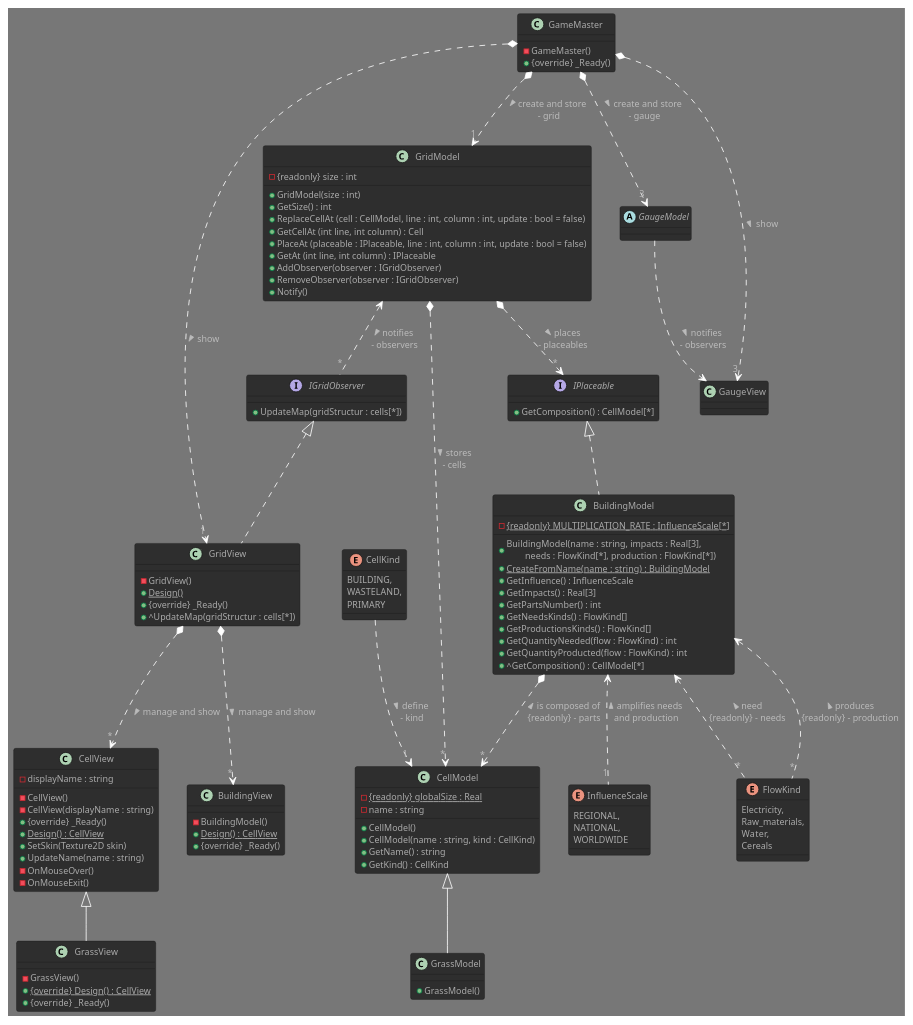
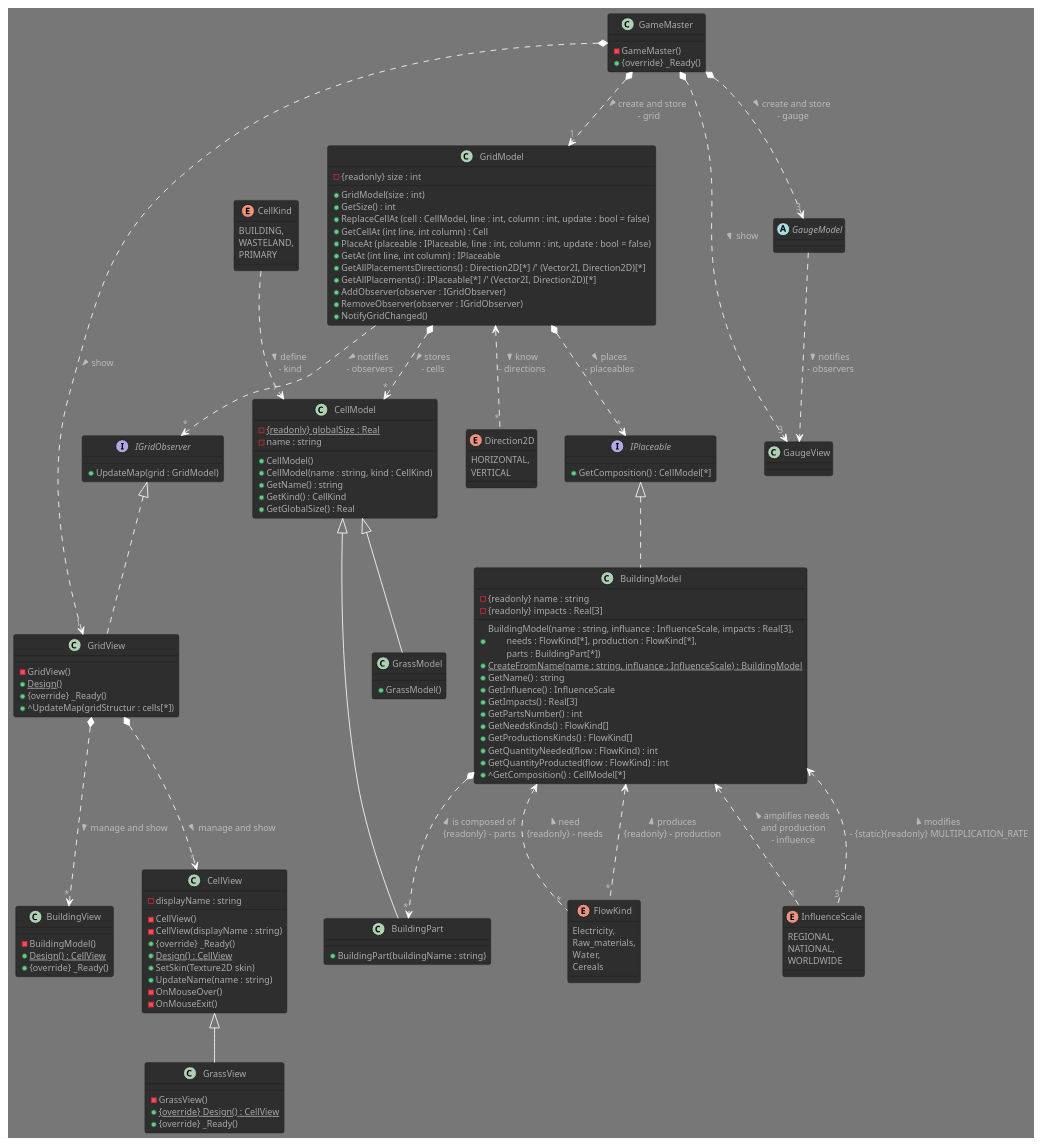
The diagram in Schemes and infos/Scratchy.puml (Spidermatou/Terriflux), drawn with PlantUML before and after one commit. The commit also changed 49 other files, not shown here.

```diff
--- a/Schemes and infos/Scratchy.puml
+++ b/Schemes and infos/Scratchy.puml
@@ -1,138 +1,152 @@
-@startuml
+    @startuml
 !theme reddress-darkgreen
 
 /' HOME / MASTER / START '/
 class GameMaster{
     - GameMaster()
     + {override} _Ready()
 }
 GameMaster *..> "1"GridModel : > create and store\n - grid
 GameMaster *..> "3"GaugeModel : > create and store\n - gauge
 GameMaster *..> "1"GridView : > show
 GameMaster *..> "3"GaugeView : > show
 
 /' MODELS '/
 class CellModel { /' TAG: Immutable '/
     - {static} {readonly} globalSize : Real
     - name : string
     + CellModel() 
     + CellModel(name : string, kind : CellKind)
     + GetName() : string
     + GetKind() : CellKind
+    + GetGlobalSize() : Real
 }
 
 enum CellKind{
     BUILDING,
     WASTELAND,
     PRIMARY
 }
 CellKind ..> "1"CellModel : > define\n - kind
 
 class GrassModel extends CellModel {
     + GrassModel()
 }
 
+class BuildingPart extends CellModel {
+    + BuildingPart(buildingName : string)
+}
+
+enum Direction2D{
+    HORIZONTAL,
+    VERTICAL
+}
+
 class GridModel{
     - {readonly} size : int
     + GridModel(size : int)
     + GetSize() : int
     + ReplaceCellAt (cell : CellModel, line : int, column : int, update : bool = false)
     + GetCellAt (int line, int column) : Cell
      /' argument specifies the position of the first cell, the rest is calculated by the grid itself: '/
     + PlaceAt (placeable : IPlaceable, line : int, column : int, update : bool = false)
     + GetAt (int line, int column) : IPlaceable
+    + GetAllPlacementsDirections() : Direction2D[*] /' (Vector2I, Direction2D)[*]
+    + GetAllPlacements() : IPlaceable[*] /' (Vector2I, Direction2D)[*]
     + AddObserver(observer : IGridObserver)
     + RemoveObserver(observer : IGridObserver)
-    + Notify() /' notify public: so you can request a forced update '/
+    + NotifyGridChanged() /' notify public: so you can request a forced update '/
 }
 GridModel *..> "*"CellModel : > stores\n- cells
-GridModel <.. "*"IGridObserver : > notifies\n - observers
+GridModel ..> "*"IGridObserver : > notifies\n - observers
 GridModel *..> "*"IPlaceable : > places\n- placeables   /' (Vector2I, IPlaceable)[*] '/
+GridModel <.. "*"Direction2D : > know\n- directions   /' (Vector2I, Direction2D)[*] '/
 
 interface IGridObserver{
-    + UpdateMap(gridStructur : cells[*])
+    + UpdateMap(grid : GridModel)
 }
 
 interface IPlaceable{
     + GetComposition() : CellModel[*]
 }
 
 class BuildingModel implements IPlaceable { /' TAG: Immutable '/
-    + BuildingModel(name : string, impacts : Real[3],\n\tneeds : FlowKind[*], production : FlowKind[*])
-    + {static} CreateFromName(name : string) : BuildingModel
-    - {static} {readonly} MULTIPLICATION_RATE : InfluenceScale[*]
-    /' MULTIPLICATION_RATE : (InfluenceScale, int)[*]
     - {readonly} name : string
     - {readonly} impacts : Real[3]
+    + BuildingModel(name : string, influance : InfluenceScale, impacts : Real[3],\n\tneeds : FlowKind[*], production : FlowKind[*],\n\tparts : BuildingPart[*])
+    + {static} CreateFromName(name : string, influance : InfluenceScale) : BuildingModel
+    /' MULTIPLICATION_RATE : (InfluenceScale, int)[*] '/
     /' - needs : (FlowKind, int)[*] '/
     /' - production : (FlowKind, int)[*] '/
+    + GetName() : string
     + GetInfluence() : InfluenceScale
     + GetImpacts() : Real[3]
     + GetPartsNumber() : int
     + GetNeedsKinds() : FlowKind[]
     + GetProductionsKinds() : FlowKind[]
     + GetQuantityNeeded(flow : FlowKind) : int
     + GetQuantityProducted(flow : FlowKind) : int
     + ^GetComposition() : CellModel[*]
 }
-BuildingModel <.. "1"InfluenceScale : < amplifies needs\n and production
+BuildingModel <.. "1"InfluenceScale : < amplifies needs\n and production\n - influence
+BuildingModel <.. "3"InfluenceScale : < modifies\n - {static}{readonly} MULTIPLICATION_RATE
 BuildingModel <.. "*"FlowKind : < need\n{readonly} - needs
 BuildingModel <.. "*"FlowKind : < produces\n{readonly} - production
-BuildingModel *..> "*"CellModel : < is composed of\n{readonly} - parts
+BuildingModel *..> "*"BuildingPart : < is composed of\n{readonly} - parts
 
 
 enum FlowKind{
     Electricity,
     Raw_materials,
     Water,
     Cereals
 }
 
 enum InfluenceScale{
     REGIONAL,
     NATIONAL,
     WORLDWIDE
 }
 
 abstract GaugeModel
 GaugeModel ..> GaugeView : > notifies\n - observers
 
 /' VUES '/
 class CellView {
     - displayName : string
     - CellView()
     - CellView(displayName : string) 
     + {override} _Ready()
     + {static} Design() : CellView
     + SetSkin(Texture2D skin)
     + UpdateName(name : string)
     /' events '/ 
     - OnMouseOver()
     - OnMouseExit()
 }
 
 class GrassView extends CellView {
     - GrassView()
     + {static} {override} Design() : CellView
     + {override} _Ready()
 }
 
 class GridView implements IGridObserver {
     - GridView()
     + {static} Design()
     + {override} _Ready()
     + ^UpdateMap(gridStructur : cells[*])
 }
 GridView *..> "*"CellView : > manage and show
 GridView *..> "*"BuildingView : > manage and show
 
 /' OBSERVERS '/
 class BuildingView {
     - BuildingModel()
     + {static} Design() : CellView
     + {override} _Ready() /' set children skin here '/
 }
 
 
 /' possibly add the DataManager '/
 @enduml
```
